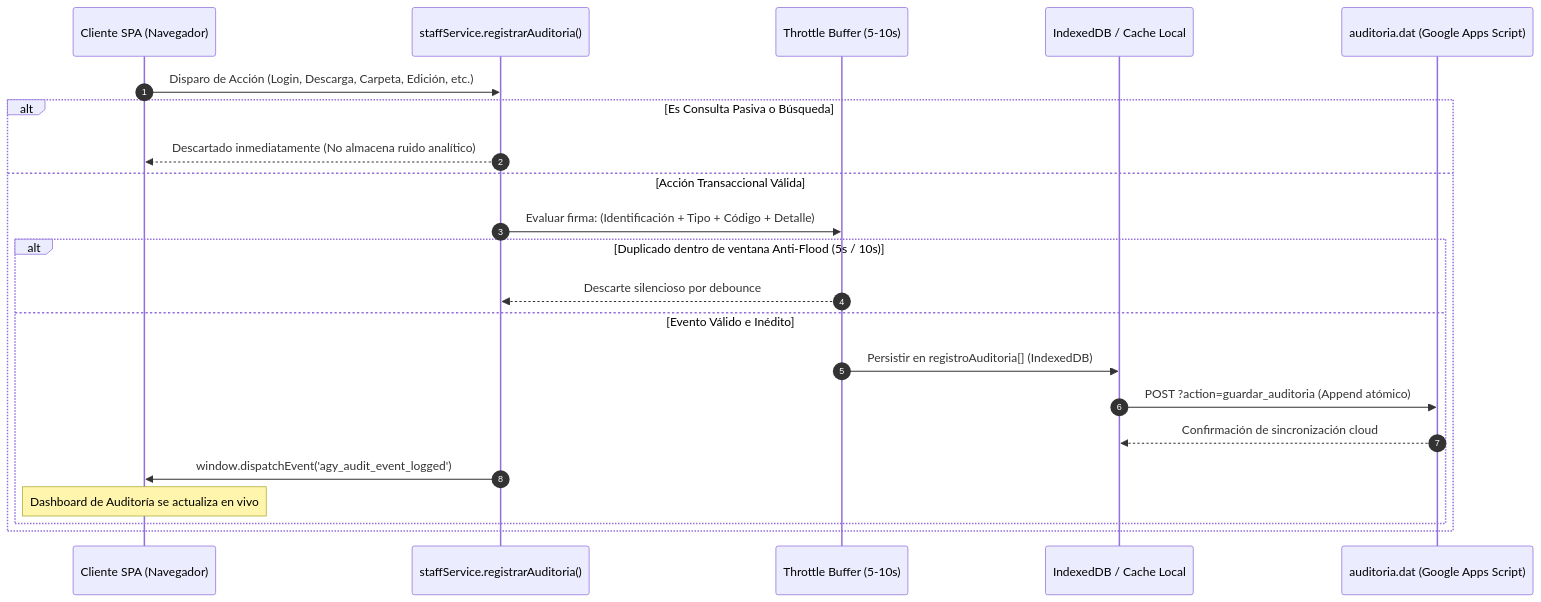
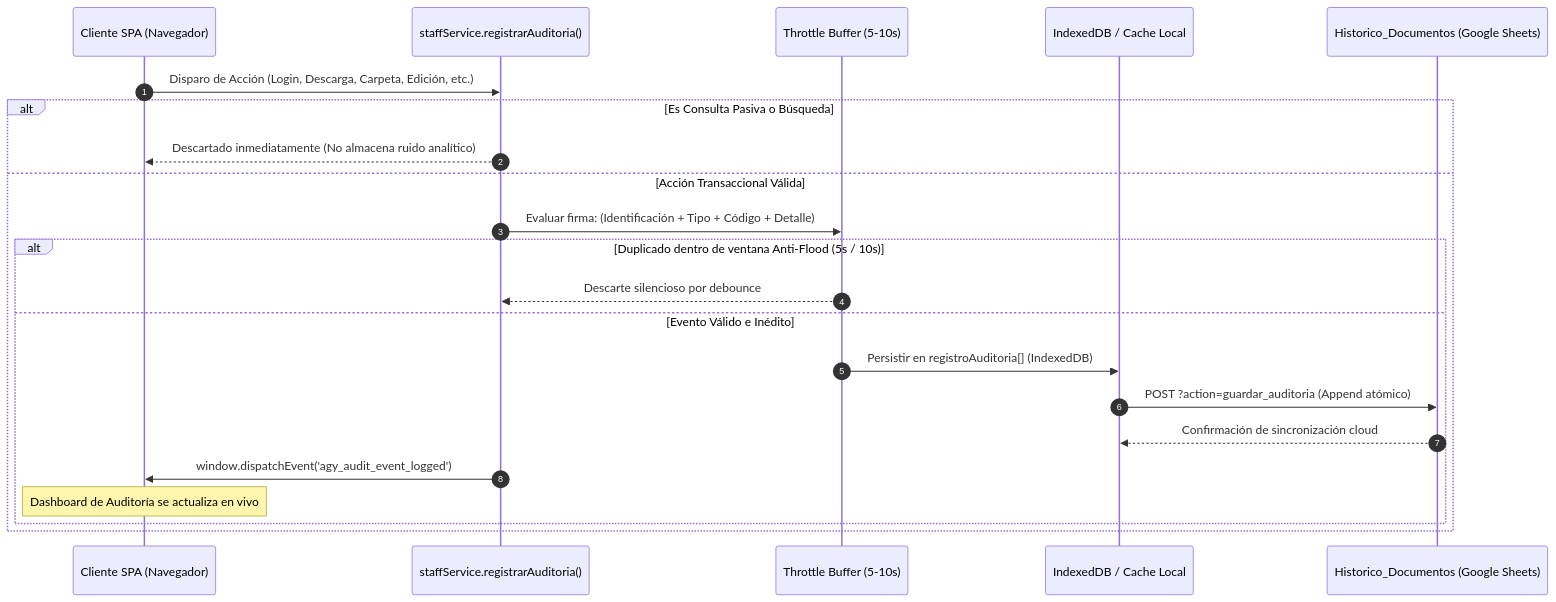
One commit to unionsaludvida2/gestiondocumental changed diagram 13 of 14 in reglas_de_negocio.md. Above: the diagram before and after it, drawn with Mermaid. The commit also changed other lines of this file and 12 other files, not shown here.

````diff
--- a/reglas_de_negocio.md
+++ b/reglas_de_negocio.md
@@ -1092,26 +790,26 @@
 ```mermaid
 sequenceDiagram
     autonumber
     participant CLIENTE as Cliente SPA (Navegador)
     participant ENGINE as staffService.registrarAuditoria()
     participant MEM as Throttle Buffer (5-10s)
     participant STORAGE as IndexedDB / Cache Local
-    participant CLOUD as auditoria.dat (Google Apps Script)
+    participant CLOUD as Historico_Documentos (Google Sheets)
 
     CLIENTE->>ENGINE: Disparo de Acción (Login, Descarga, Carpeta, Edición, etc.)
     
     alt Es Consulta Pasiva o Búsqueda
         ENGINE-->>CLIENTE: Descartado inmediatamente (No almacena ruido analítico)
     else Acción Transaccional Válida
         ENGINE->>MEM: Evaluar firma: (Identificación + Tipo + Código + Detalle)
         alt Duplicado dentro de ventana Anti-Flood (5s / 10s)
             MEM-->>ENGINE: Descarte silencioso por debounce
         else Evento Válido e Inédito
             MEM->>STORAGE: Persistir en registroAuditoria[] (IndexedDB)
             STORAGE->>CLOUD: POST ?action=guardar_auditoria (Append atómico)
             CLOUD-->>STORAGE: Confirmación de sincronización cloud
             ENGINE->>CLIENTE: window.dispatchEvent('agy_audit_event_logged')
             Note over CLIENTE: Dashboard de Auditoría se actualiza en vivo
         end
     end
 ```
````
